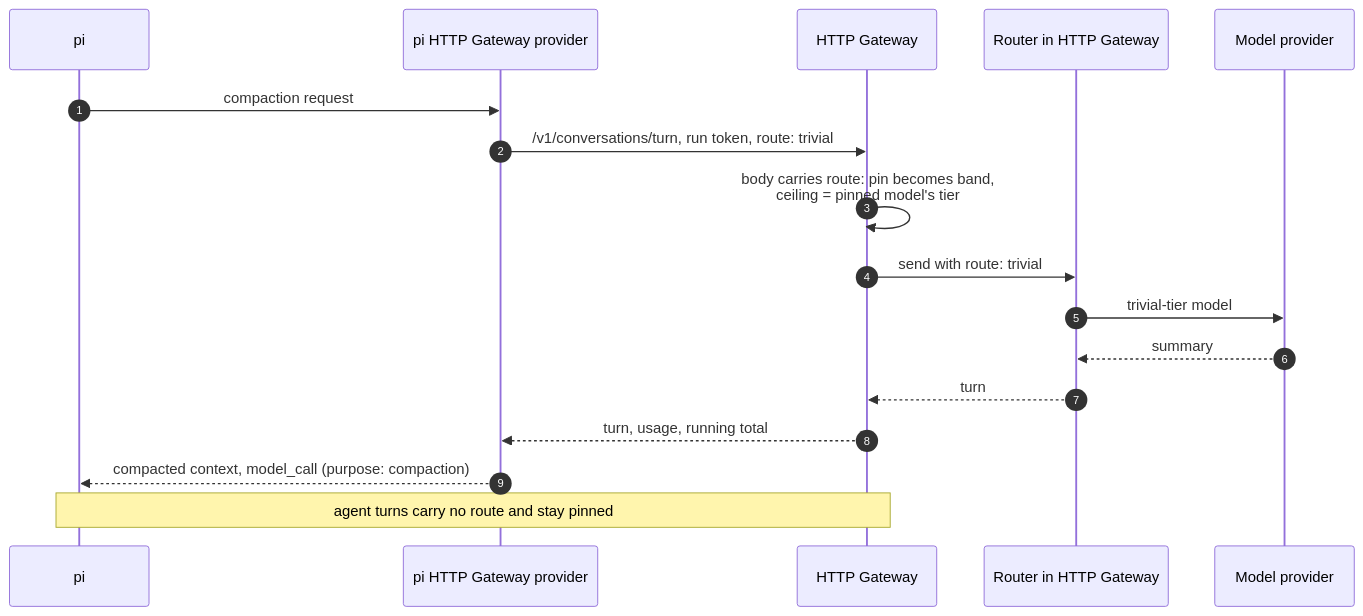
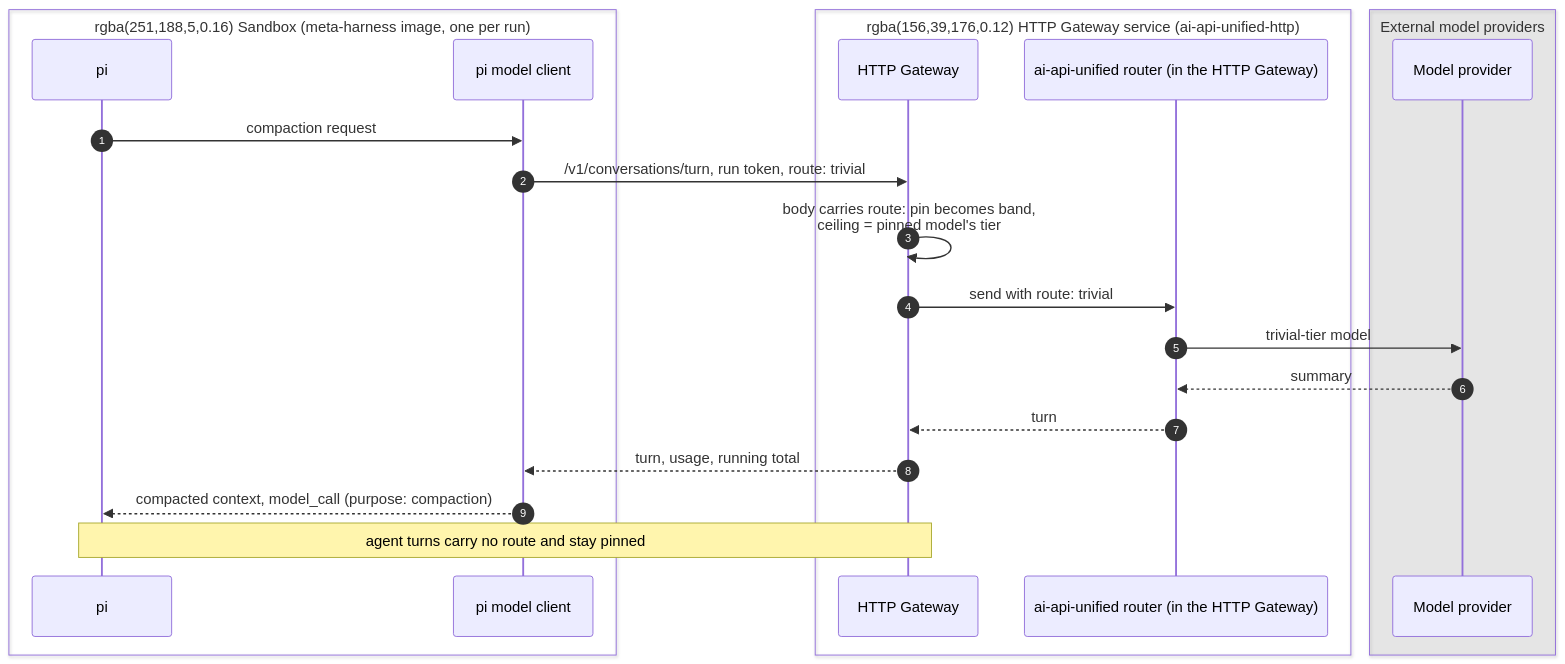
Before and after one commit to davecthomas/meta-harness: the seventh of 12 diagrams in docs/technical-design.md, drawn with Mermaid. The commit also changed other lines of this file, not shown here.

First line of the commit message:
docs/design-cleanup-and-boundaries: plain prose, model client name, owner boxes in sequences

````diff
--- a/docs/technical-design.md
+++ b/docs/technical-design.md
@@ -785,20 +819,26 @@
 ```mermaid
 sequenceDiagram
     autonumber
+    box rgba(251,188,5,0.16) Sandbox (meta-harness image, one per run)
     participant SB as pi
-    participant X as pi HTTP Gateway provider
+    participant X as pi model client
+    end
+    box rgba(156,39,176,0.12) HTTP Gateway service (ai-api-unified-http)
     participant GW as HTTP Gateway
-    participant R as Router in HTTP Gateway
+    participant R as ai-api-unified router (in the HTTP Gateway)
+    end
+    box rgba(128,128,128,0.14) External model providers
     participant P as Model provider
+    end
 
     SB->>X: compaction request
     X->>GW: /v1/conversations/turn, run token, route: trivial
     GW->>GW: body carries route: pin becomes band,<br/>ceiling = pinned model's tier
     GW->>R: send with route: trivial
     R->>P: trivial-tier model
     P-->>R: summary
     R-->>GW: turn
     GW-->>X: turn, usage, running total
     X-->>SB: compacted context, model_call (purpose: compaction)
     Note over SB,GW: agent turns carry no route and stay pinned
 ```
````
